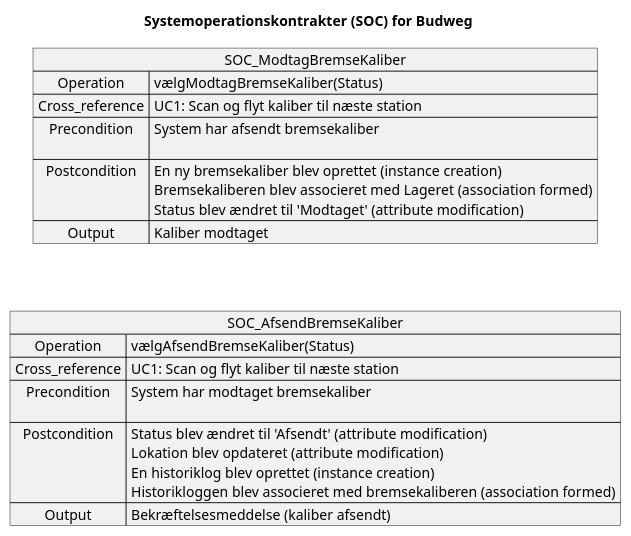
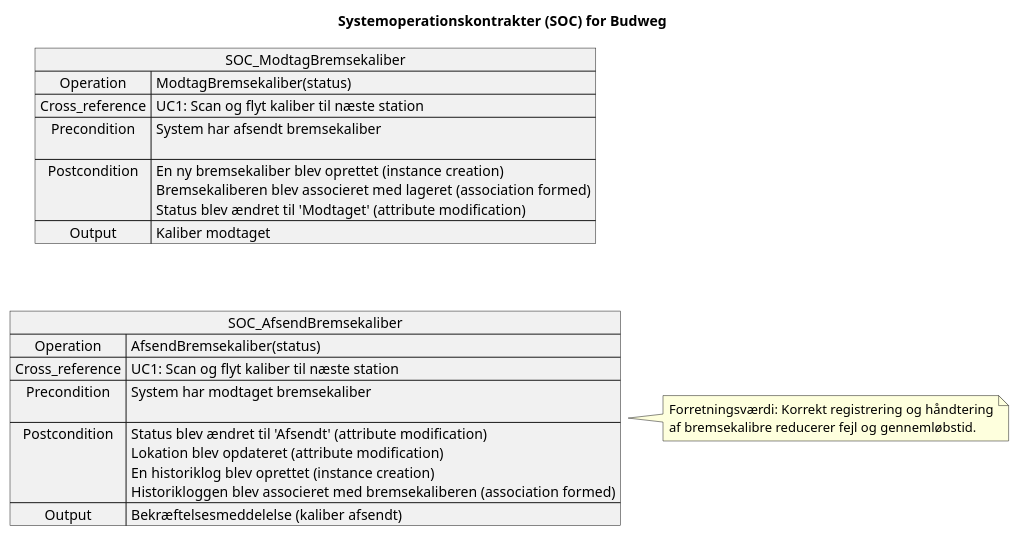
The diagram in Adfærdsartefakter/Systemoperationskontrakt(SOC).plantuml (senan2315/Team-5A-Budweg), drawn with PlantUML before and after one commit. The commit also changed 7 other files, not shown here.

```diff
--- a/Adfærdsartefakter/Systemoperationskontrakt(SOC).plantuml
+++ b/Adfærdsartefakter/Systemoperationskontrakt(SOC).plantuml
@@ -1,24 +1,29 @@
 @startuml SOC Budweg
 skinparam defaultFontName Arial
 
 title Systemoperationskontrakter (SOC) for Budweg
 
-map SOC_ModtagBremseKaliber {
-    Operation => vælgModtagBremseKaliber(Status)
+map SOC_ModtagBremsekaliber {
+    Operation => ModtagBremsekaliber(status)
     Cross_reference => UC1: Scan og flyt kaliber til næste station
     Precondition => System har afsendt bremsekaliber\n
-    Postcondition => En ny bremsekaliber blev oprettet (instance creation)\nBremsekaliberen blev associeret med Lageret (association formed)\nStatus blev ændret til 'Modtaget' (attribute modification)
+    Postcondition => En ny bremsekaliber blev oprettet (instance creation)\nBremsekaliberen blev associeret med lageret (association formed)\nStatus blev ændret til 'Modtaget' (attribute modification)
     Output => Kaliber modtaget
 }
 
-map SOC_AfsendBremseKaliber {
-    Operation => vælgAfsendBremseKaliber(Status)
+map SOC_AfsendBremsekaliber {
+    Operation => AfsendBremsekaliber(status)
     Cross_reference => UC1: Scan og flyt kaliber til næste station
     Precondition => System har modtaget bremsekaliber\n
     Postcondition => Status blev ændret til 'Afsendt' (attribute modification)\nLokation blev opdateret (attribute modification)\nEn historiklog blev oprettet (instance creation)\nHistorikloggen blev associeret med bremsekaliberen (association formed)
-    Output => Bekræftelsesmeddelse (kaliber afsendt)
+    Output => Bekræftelsesmeddelelse (kaliber afsendt)
 }
 
-SOC_ModtagBremseKaliber -[hidden]down-> SOC_AfsendBremseKaliber
+SOC_ModtagBremsekaliber -[hidden]down-> SOC_AfsendBremsekaliber
+
+note right of SOC_AfsendBremsekaliber
+Forretningsværdi: Korrekt registrering og håndtering
+af bremsekalibre reducerer fejl og gennemløbstid.
+end note
 
 @enduml
```
